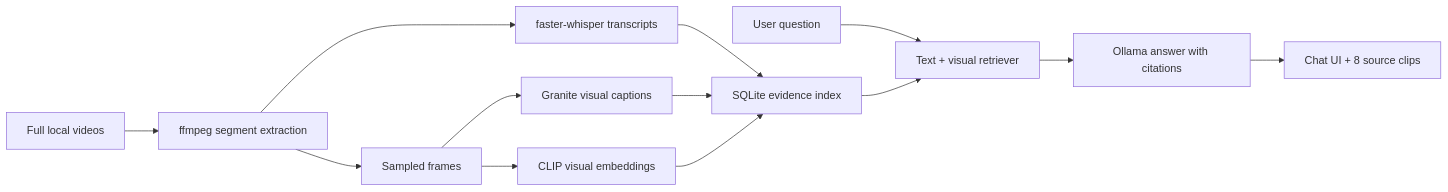
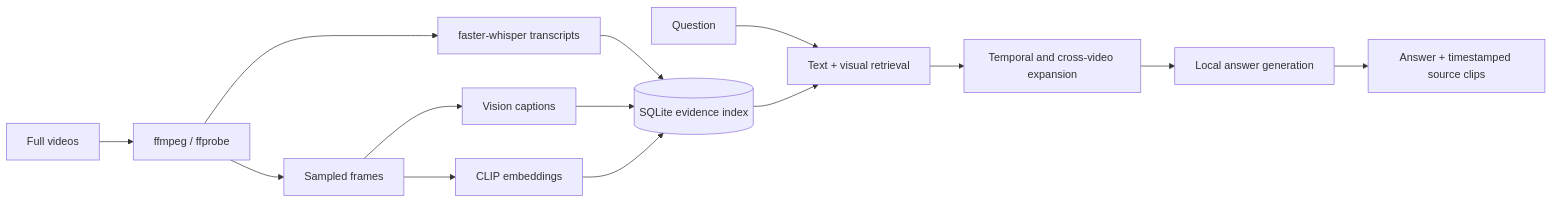
The diagram in README.md (Ultraviolet-Chikorita/videorag-local), drawn with Mermaid before and after one commit. The commit also changed other lines of this file, not shown here.

Commit message:
Refocus README on architecture, retrieval design, and reviewer navigation

````diff
--- a/README.md
+++ b/README.md
@@ -29,15 +40,16 @@
 ```mermaid
 flowchart LR
-    A["Full local videos"] --> B["ffmpeg segment extraction"]
-    B --> C["faster-whisper transcripts"]
-    B --> D["Sampled frames"]
-    D --> E["Granite visual captions"]
-    D --> F["CLIP visual embeddings"]
-    C --> G["SQLite evidence index"]
+    A[Full videos] --> B[ffmpeg / ffprobe]
+    B --> C[faster-whisper transcripts]
+    B --> D[Sampled frames]
+    D --> E[Vision captions]
+    D --> F[CLIP embeddings]
+    C --> G[(SQLite evidence index)]
     E --> G
     F --> G
-    Q["User question"] --> H["Text + visual retriever"]
+    Q[Question] --> H[Text + visual retrieval]
     G --> H
-    H --> I["Ollama answer with citations"]
-    I --> J["Chat UI + 8 source clips"]
+    H --> I[Temporal and cross-video expansion]
+    I --> J[Local answer generation]
+    J --> K[Answer + timestamped source clips]
 ```
````
